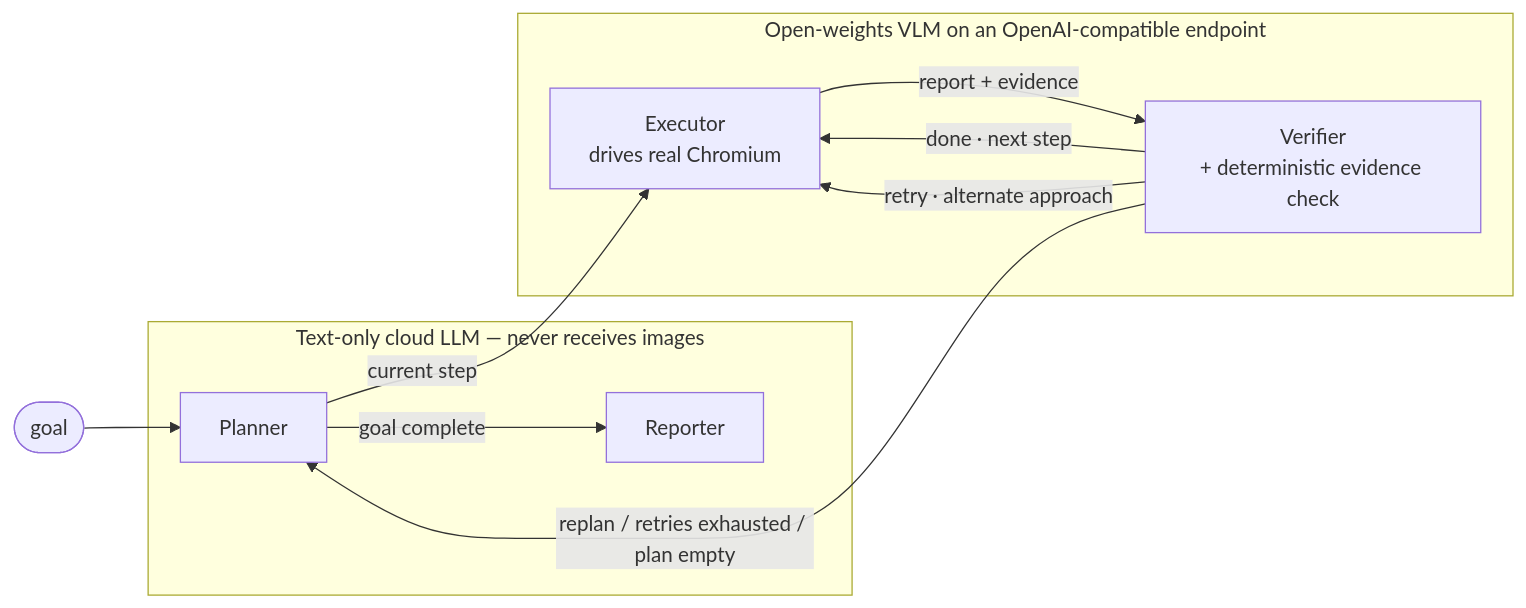
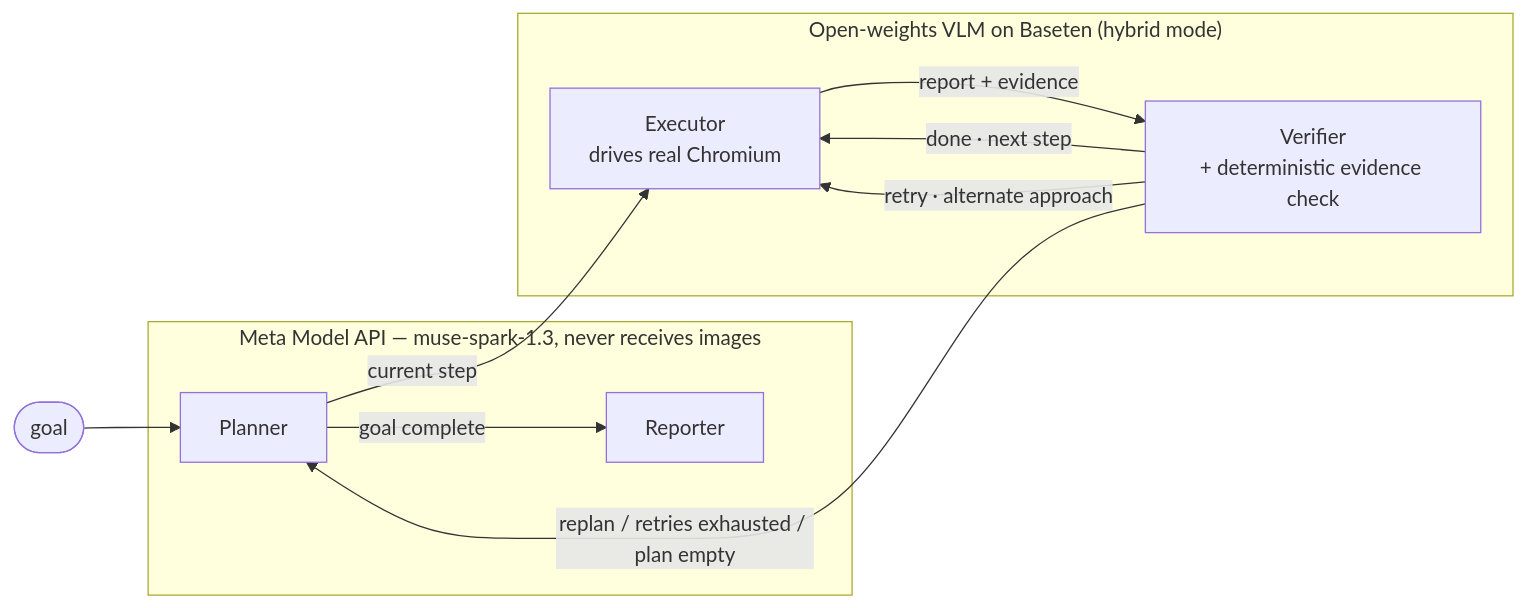
The diagram in README.md (roshanrateria/nexus), drawn with Mermaid before and after one commit. The commit also changed other lines of this file and 2 other files, not shown here.

Commit message:
K7: contract + docs - cost_usd/cached_tokens/mode/visited in types.ts and contract assertions, README quickstart on one key, Modes table (cloud-only vs hybrid), Contributor-mode warning, refreshed env/profiles docs

````diff
--- a/README.md
+++ b/README.md
@@ -11,18 +11,18 @@
 ```mermaid
 flowchart LR
     G([goal]) --> P
-    subgraph CLOUD ["Text-only cloud LLM — never receives images"]
+    subgraph CLOUD ["Meta Model API — muse-spark-1.3, never receives images"]
         P[Planner]
         R[Reporter]
     end
-    subgraph OPEN ["Open-weights VLM on an OpenAI-compatible endpoint"]
+    subgraph OPEN ["Open-weights VLM on Baseten (hybrid mode)"]
         X[Executor<br>drives real Chromium]
         V[Verifier<br>+ deterministic evidence check]
     end
     P -->|"current step"| X
     X -->|"report + evidence"| V
     V -->|"done · next step"| X
     V -->|"retry · alternate approach"| X
     V -->|"replan / retries exhausted / plan empty"| P
     P -->|"goal complete"| R
 ```
````
